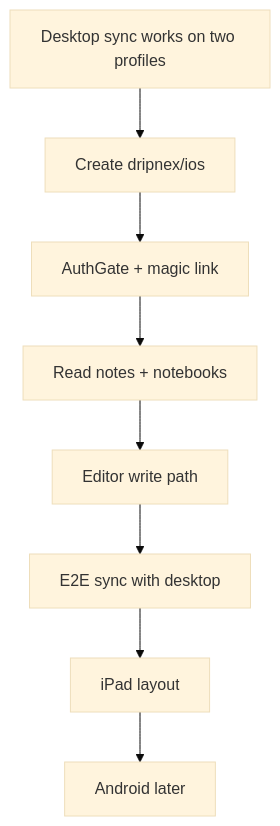
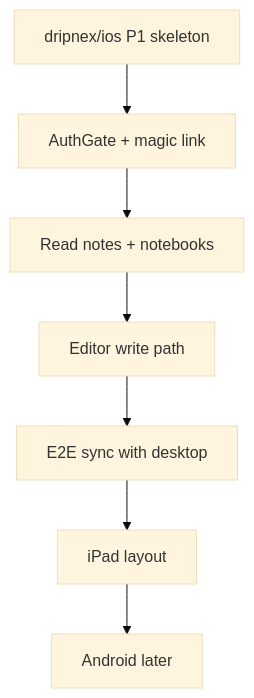
The first of 2 diagrams in docs/mobile/PLAN.md (dripnex/app), drawn with Mermaid (base theme) before and after one commit. The commit also changed other lines of this file and 5 other files, not shown here.

````diff
--- a/docs/mobile/PLAN.md
+++ b/docs/mobile/PLAN.md
@@ -12,12 +12,11 @@
 ```mermaid
 flowchart TD
-  gate[Desktop sync works on two profiles]
-  repo[Create dripnex/ios]
+  repo[dripnex/ios P1 skeleton]
   auth[AuthGate + magic link]
   read[Read notes + notebooks]
   write[Editor write path]
   sync[E2E sync with desktop]
   ipad[iPad layout]
   android[Android later]
-  gate --> repo --> auth --> read --> write --> sync --> ipad --> android
+  repo --> auth --> read --> write --> sync --> ipad --> android
 ```
````
